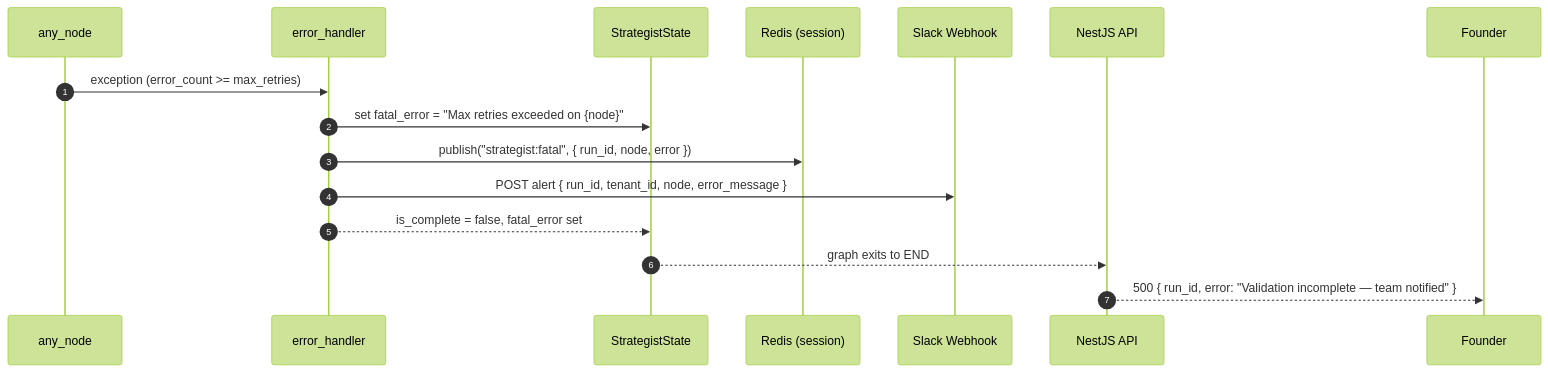
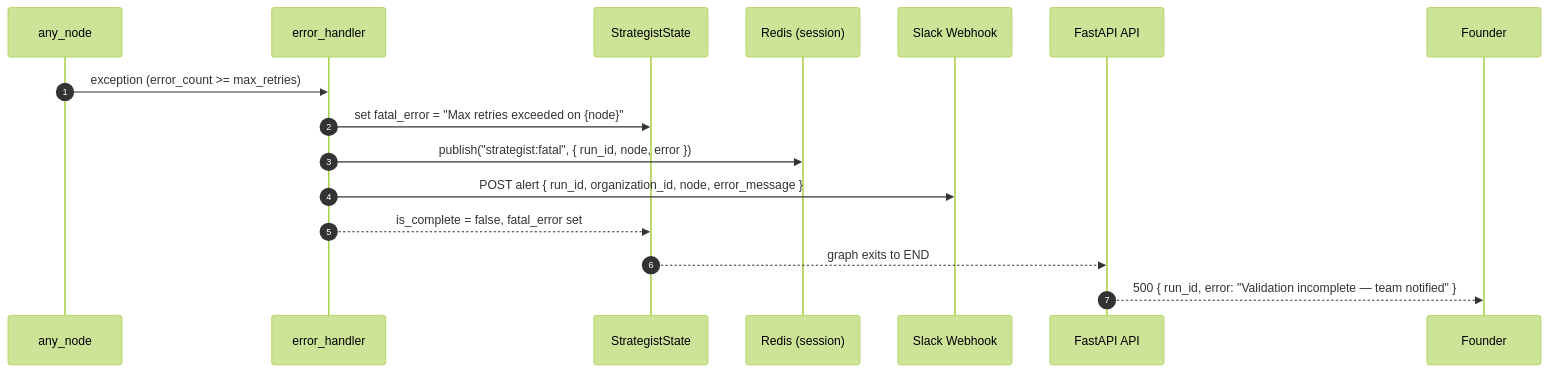
One commit to kaushraj1/AutoFounder changed the fourth of 4 diagrams in docs/architecture/Agents-Architecture/strategist-agent.md. Above: the diagram before and after it, drawn with Mermaid (forest theme). The commit also changed other lines of this file and 9 other files, not shown here.

First line of the commit message:
refactor(docs): migrate docs/architecture to the canonical stack

````diff
--- a/docs/architecture/Agents-Architecture/strategist-agent.md
+++ b/docs/architecture/Agents-Architecture/strategist-agent.md
@@ -1095,19 +1095,19 @@
 ```mermaid
 sequenceDiagram
     autonumber
     participant Node  as any_node
     participant EH    as error_handler
     participant State as StrategistState
     participant Redis as Redis (session)
     participant Slack as Slack Webhook
-    participant API   as NestJS API
+    participant API   as FastAPI API
 
     Node ->> EH: exception (error_count >= max_retries)
     EH ->> State: set fatal_error = "Max retries exceeded on {node}"
     EH ->> Redis: publish("strategist:fatal", { run_id, node, error })
-    EH ->> Slack: POST alert { run_id, tenant_id, node, error_message }
+    EH ->> Slack: POST alert { run_id, organization_id, node, error_message }
     EH -->> State: is_complete = false, fatal_error set
 
     State -->> API: graph exits to END
     API -->> Founder: 500 { run_id, error: "Validation incomplete — team notified" }
 ```
````
